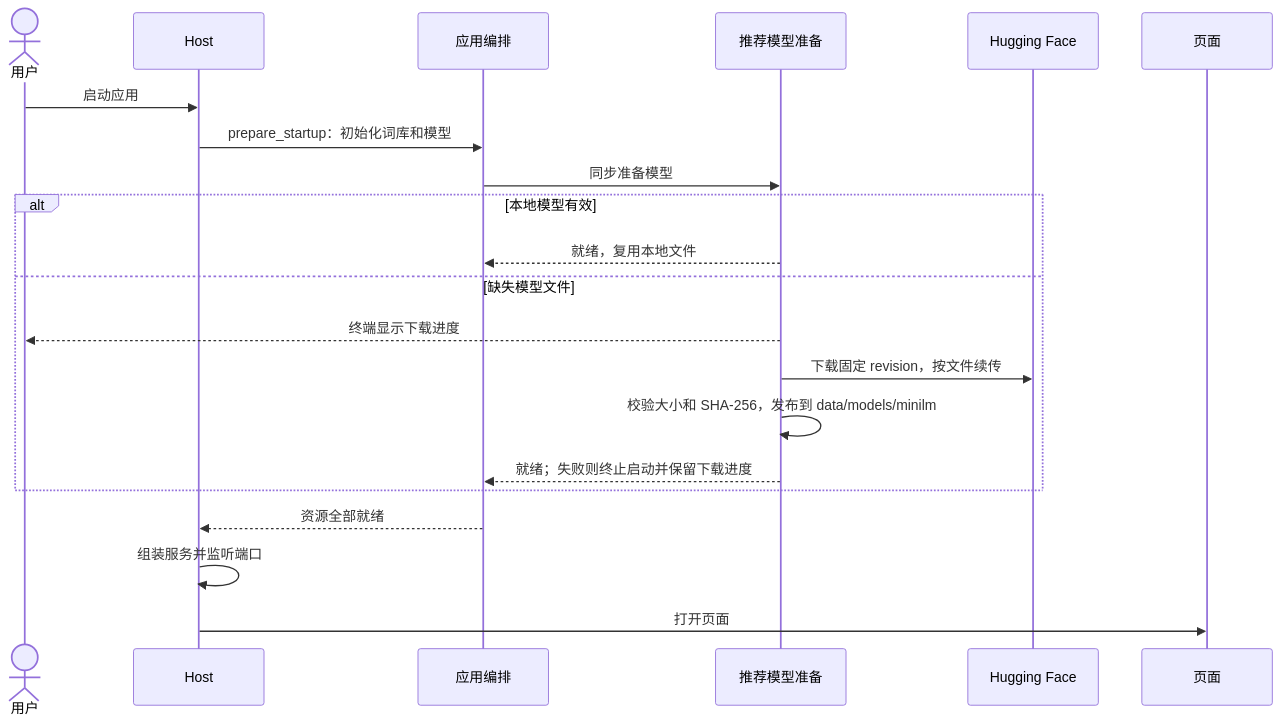
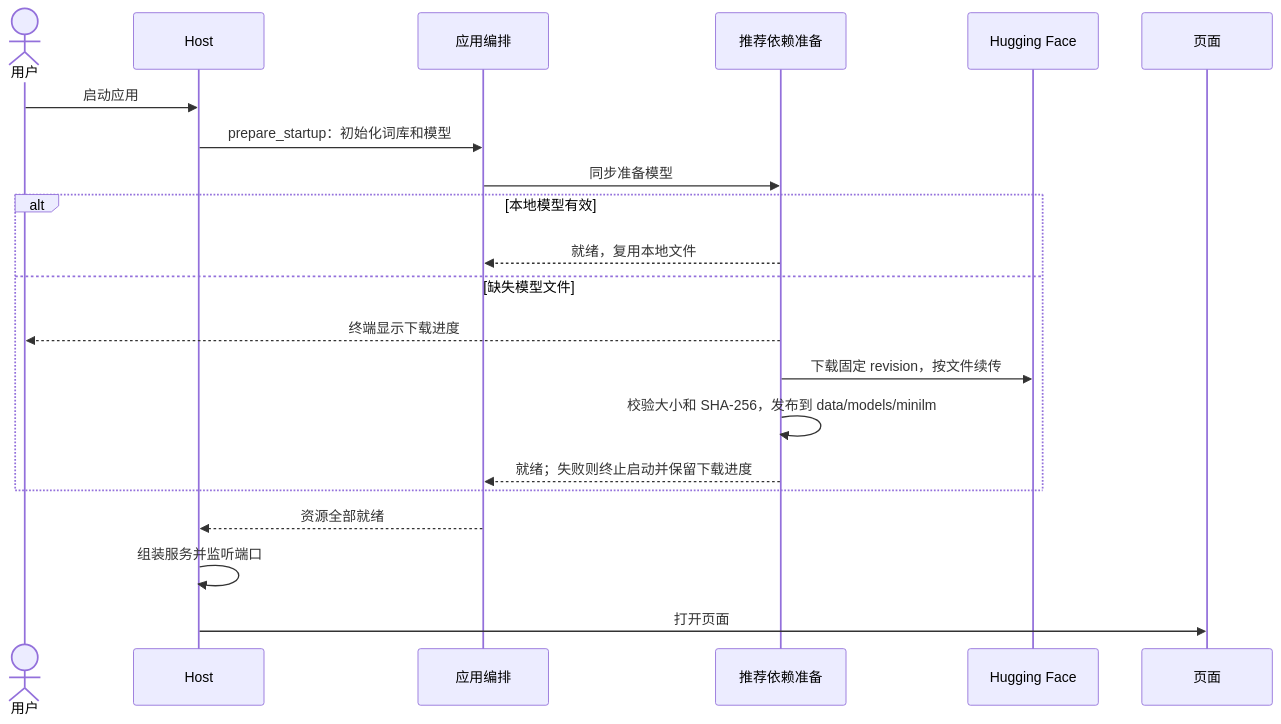
The second of 2 diagrams in docs/dev/issues/minilm-startup-download.md (Lykr/pictide), drawn with Mermaid before and after one commit. The commit also changed 29 other files, not shown here.

````diff
--- a/docs/dev/issues/minilm-startup-download.md
+++ b/docs/dev/issues/minilm-startup-download.md
@@ -31,23 +31,23 @@
 ```mermaid
 sequenceDiagram
   actor User as 用户
   participant Host as Host
   participant App as 应用编排
-  participant Model as 推荐模型准备
+  participant Model as 推荐依赖准备
   participant Hub as Hugging Face
   participant UI as 页面
   User->>Host: 启动应用
   Host->>App: prepare_startup：初始化词库和模型
   App->>Model: 同步准备模型
   alt 本地模型有效
     Model-->>App: 就绪，复用本地文件
   else 缺失模型文件
     Model-->>User: 终端显示下载进度
     Model->>Hub: 下载固定 revision，按文件续传
     Model->>Model: 校验大小和 SHA-256，发布到 data/models/minilm
     Model-->>App: 就绪；失败则终止启动并保留下载进度
   end
   App-->>Host: 资源全部就绪
   Host->>Host: 组装服务并监听端口
   Host->>UI: 打开页面
 ```
````
